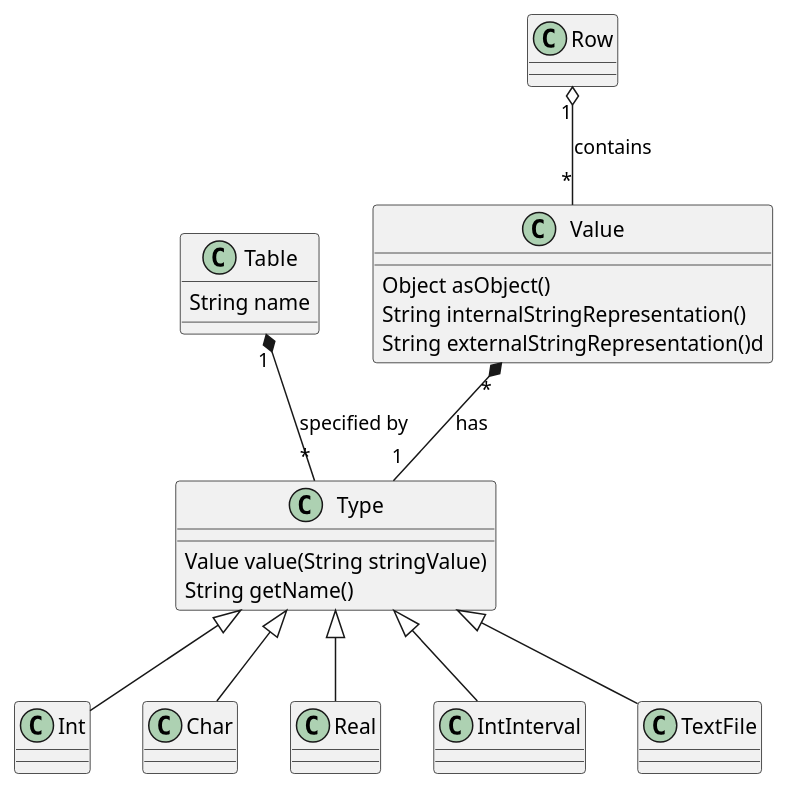
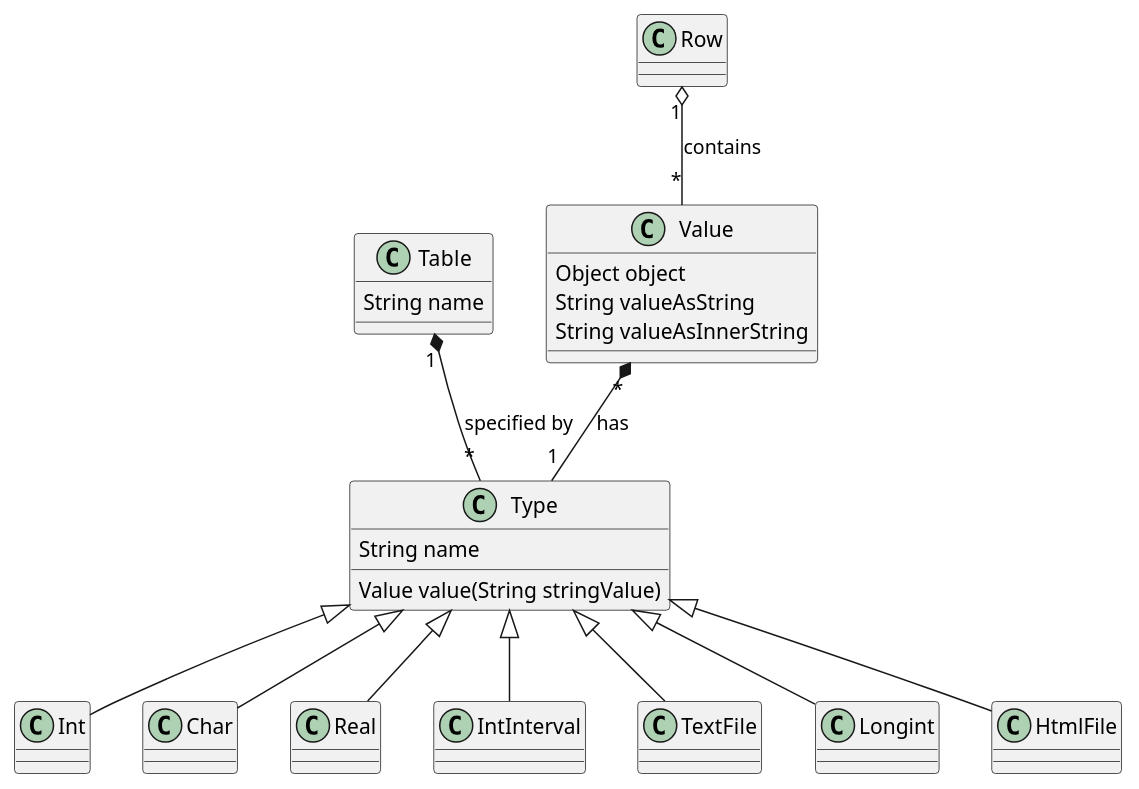
Before and after one commit to yermilov/kuzoff: the diagram in uml/classes.plantuml, drawn with PlantUML. The commit also changed other lines of this file and 6 other files, not shown here.

```diff
--- a/uml/classes.plantuml
+++ b/uml/classes.plantuml
@@ -1,29 +1,31 @@
 class Table {
   String name
 }
 
 class Row {
 }
 
 class Type {
+  String name
   Value value(String stringValue)
-  String getName()
 }
 
 class Value {
-  Object asObject()
-  String internalStringRepresentation()
-  String externalStringRepresentation()d
+  Object object
+  String valueAsString
+  String valueAsInnerString
 }
 
 Table "1" *-- "*" Type : specified by
 
 Row "1" o-- "*" Value : contains
 
 Value "*" *-- "1" Type : has
 
 Type <|-- Int
 Type <|-- Char
 Type <|-- Real
 Type <|-- IntInterval
 Type <|-- TextFile
+Type <|-- Longint
+Type <|-- HtmlFile
```
